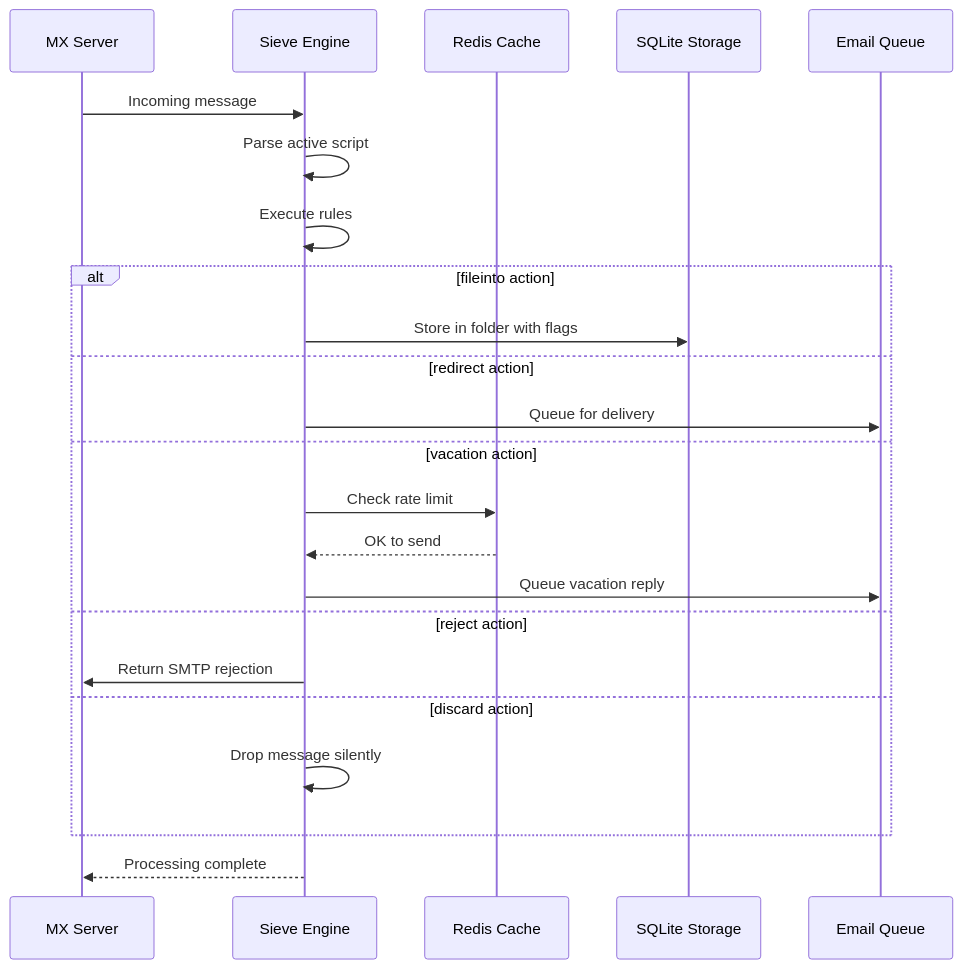
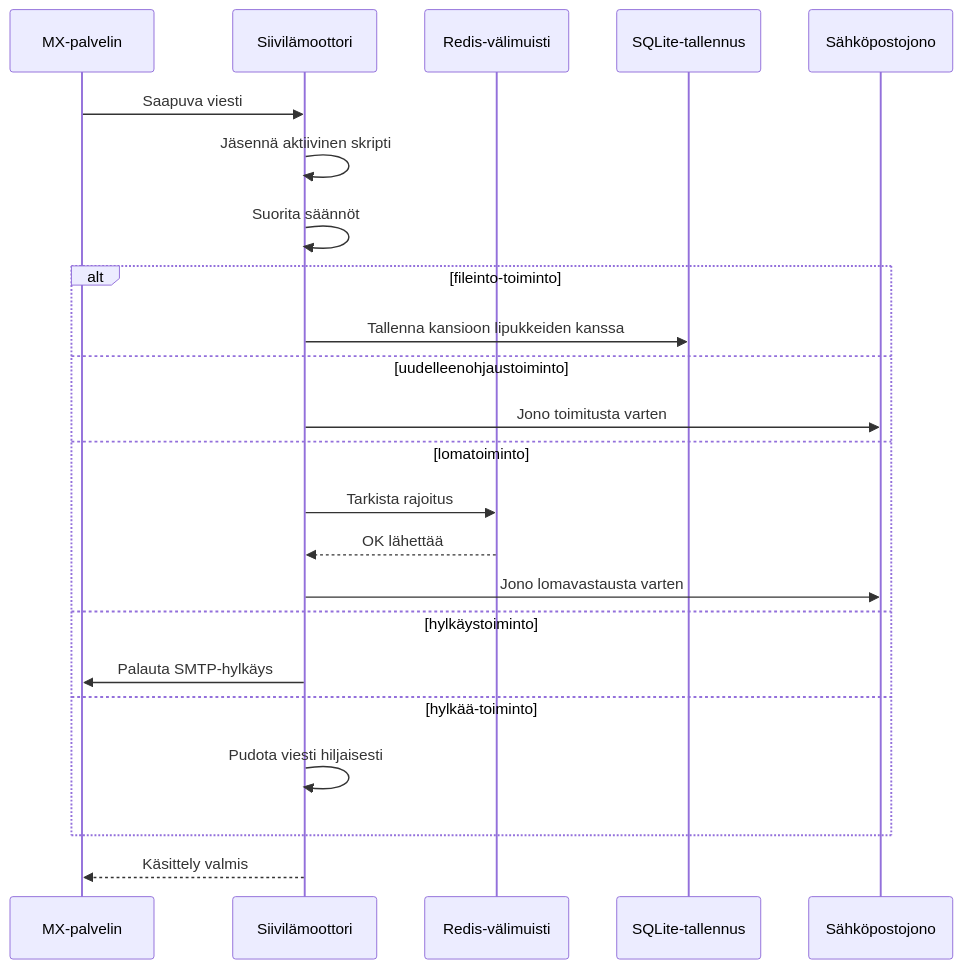
One commit to forwardemail/forwardemail.net changed the ninth of 16 diagrams in app/views/docs/email-protocols-rfc-compliance-imap-smtp-pop3-comparison/index-fi.md. Above: the diagram before and after it, drawn with Mermaid. The commit also changed other lines of this file and 1055 other files, not shown here.

````diff
--- a/app/views/docs/email-protocols-rfc-compliance-imap-smtp-pop3-comparison/index-fi.md
+++ b/app/views/docs/email-protocols-rfc-compliance-imap-smtp-pop3-comparison/index-fi.md
@@ -1176,28 +1168,28 @@
 ```mermaid
 sequenceDiagram
-    participant MX as MX Server
-    participant Sieve as Sieve Engine
-    participant Redis as Redis Cache
-    participant SQLite as SQLite Storage
-    participant Queue as Email Queue
+    participant MX as MX-palvelin
+    participant Sieve as Siivilämoottori
+    participant Redis as Redis-välimuisti
+    participant SQLite as SQLite-tallennus
+    participant Queue as Sähköpostojono
 
-    MX->>Sieve: Incoming message
-    Sieve->>Sieve: Parse active script
-    Sieve->>Sieve: Execute rules
+    MX->>Sieve: Saapuva viesti
+    Sieve->>Sieve: Jäsennä aktiivinen skripti
+    Sieve->>Sieve: Suorita säännöt
 
-    alt fileinto action
-        Sieve->>SQLite: Store in folder with flags
-    else redirect action
-        Sieve->>Queue: Queue for delivery
-    else vacation action
-        Sieve->>Redis: Check rate limit
-        Redis-->>Sieve: OK to send
-        Sieve->>Queue: Queue vacation reply
-    else reject action
-        Sieve->>MX: Return SMTP rejection
-    else discard action
-        Sieve->>Sieve: Drop message silently
+    alt fileinto-toiminto
+        Sieve->>SQLite: Tallenna kansioon lipukkeiden kanssa
+    else uudelleenohjaustoiminto
+        Sieve->>Queue: Jono toimitusta varten
+    else lomatoiminto
+        Sieve->>Redis: Tarkista rajoitus
+        Redis-->>Sieve: OK lähettää
+        Sieve->>Queue: Jono lomavastausta varten
+    else hylkäystoiminto
+        Sieve->>MX: Palauta SMTP-hylkäys
+    else hylkää-toiminto
+        Sieve->>Sieve: Pudota viesti hiljaisesti
     end
 
-    Sieve-->>MX: Processing complete
+    Sieve-->>MX: Käsittely valmis
 ```
````
